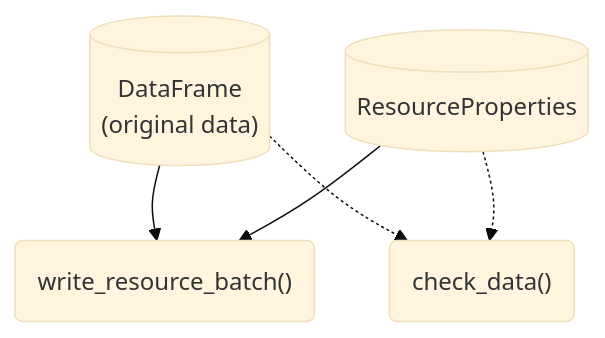
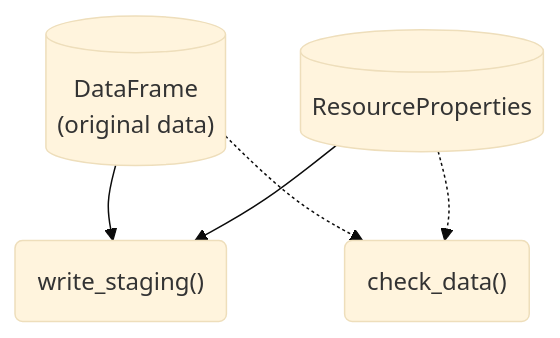
One commit to seedcase-project/seedcase-sprout changed the third of 7 diagrams in docs/design/interface/flows.qmd. Above: the diagram before and after it, drawn with Mermaid (base theme). The commit also changed other lines of this file and 18 other files, not shown here.

````diff
--- a/docs/design/interface/flows.qmd
+++ b/docs/design/interface/flows.qmd
@@ -110,20 +109,20 @@
 ```{mermaid}
-%%| label: fig-flow-save-data-to-batch
+%%| label: fig-flow-save-data-to-staging
 %%| fig-cap: >-
 %%|   Diagram showing the flow of objects and functions to save new, added, or
-%%|   modified data to a batch.
+%%|   modified data to a staging.
 %%| fig-alt: >-
 %%|   A flow diagram showing the steps to save new, added, or modified data to a
-%%|   batch.
+%%|   staging.
 
 flowchart
     data[("DataFrame<br>(original data)")]
     resource_properties[(ResourceProperties)]
-    write_resource_batch("write_resource_batch()")
+    write_staging("write_staging()")
     check_data("check_data()")
 
-    data --> write_resource_batch
-    resource_properties --> write_resource_batch
+    data --> write_staging
+    resource_properties --> write_staging
     data -.-> check_data
     resource_properties -.-> check_data
 ```
````
